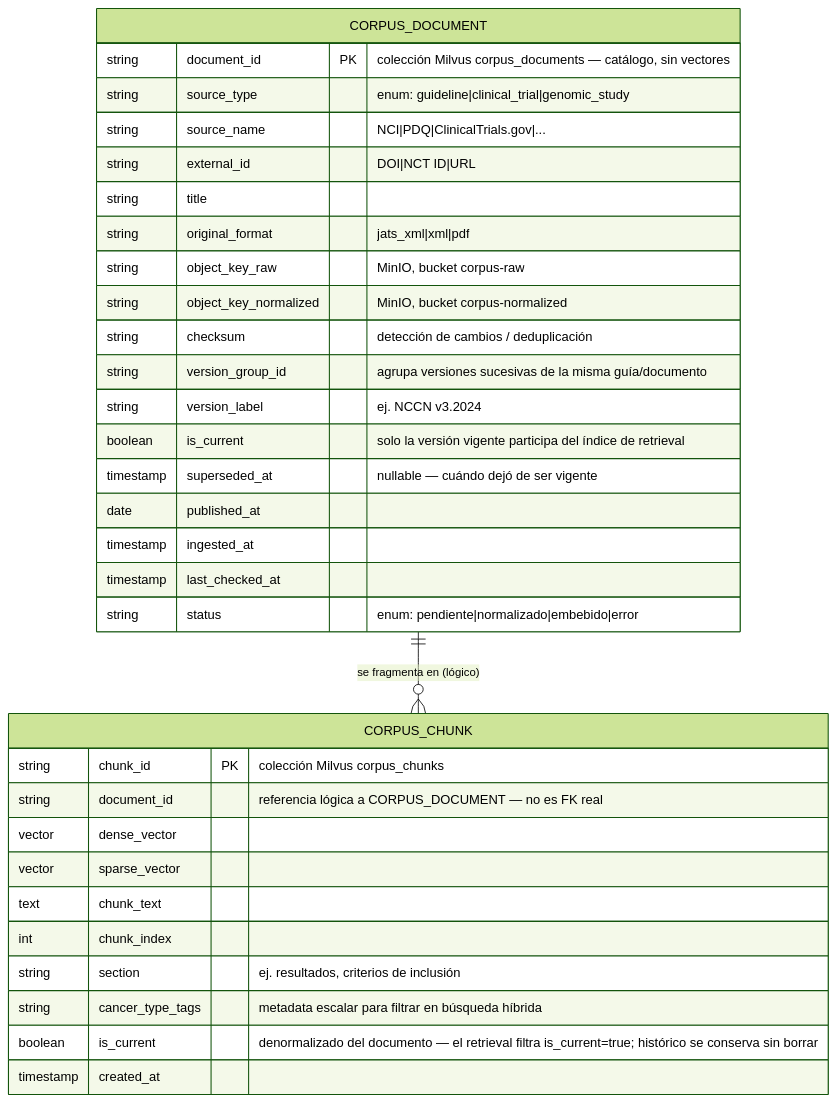
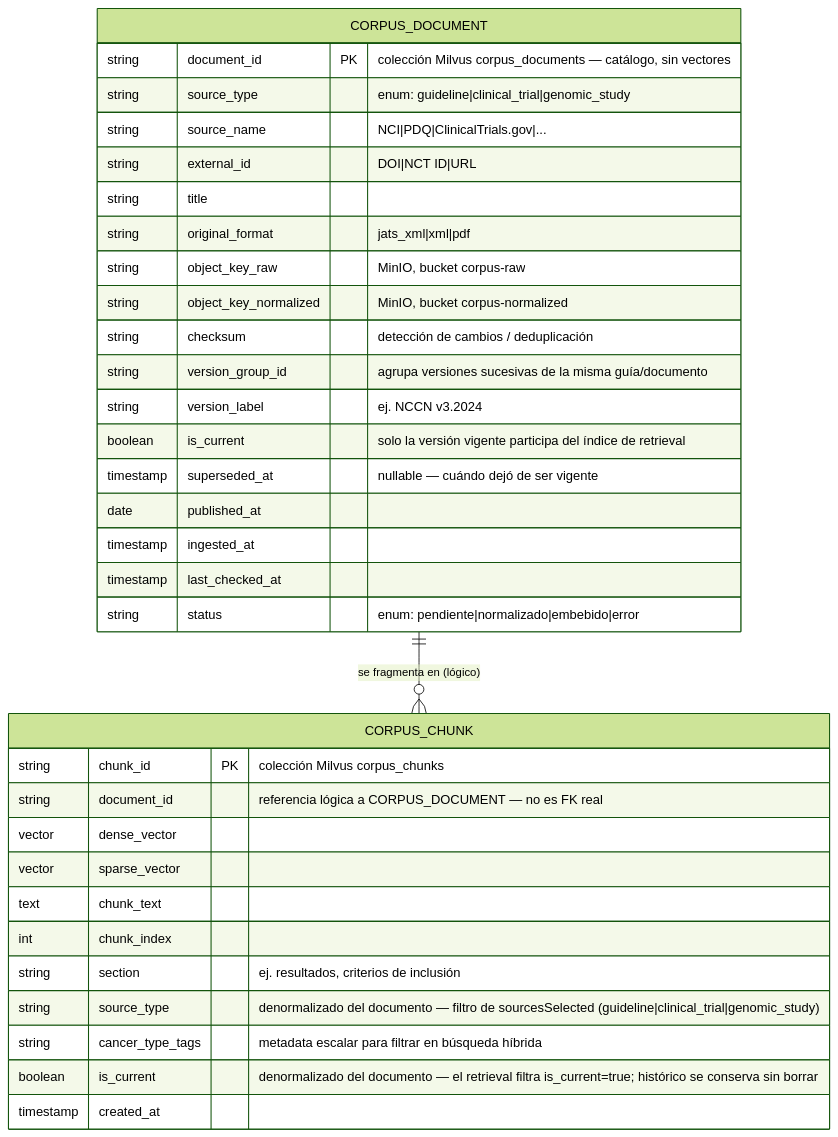
One commit to hatrickmario/OncoLens-Lab changed the seventh of 7 diagrams in readme.md. Above: the diagram before and after it, drawn with Mermaid (forest theme). The commit also changed other lines of this file and 2 other files, not shown here.

````diff
--- a/readme.md
+++ b/readme.md
@@ -603,37 +612,38 @@
 ```mermaid
 erDiagram
     CORPUS_DOCUMENT {
         string document_id PK "colección Milvus corpus_documents — catálogo, sin vectores"
         string source_type "enum: guideline|clinical_trial|genomic_study"
         string source_name "NCI|PDQ|ClinicalTrials.gov|..."
         string external_id "DOI|NCT ID|URL"
         string title
         string original_format "jats_xml|xml|pdf"
         string object_key_raw "MinIO, bucket corpus-raw"
         string object_key_normalized "MinIO, bucket corpus-normalized"
         string checksum "detección de cambios / deduplicación"
         string version_group_id "agrupa versiones sucesivas de la misma guía/documento"
         string version_label "ej. NCCN v3.2024"
         boolean is_current "solo la versión vigente participa del índice de retrieval"
         timestamp superseded_at "nullable — cuándo dejó de ser vigente"
         date published_at
         timestamp ingested_at
         timestamp last_checked_at
         string status "enum: pendiente|normalizado|embebido|error"
     }
 
     CORPUS_CHUNK {
         string chunk_id PK "colección Milvus corpus_chunks"
         string document_id "referencia lógica a CORPUS_DOCUMENT — no es FK real"
         vector dense_vector
         vector sparse_vector
         text chunk_text
         int chunk_index
         string section "ej. resultados, criterios de inclusión"
+        string source_type "denormalizado del documento — filtro de sourcesSelected (guideline|clinical_trial|genomic_study)"
         string cancer_type_tags "metadata escalar para filtrar en búsqueda híbrida"
         boolean is_current "denormalizado del documento — el retrieval filtra is_current=true; histórico se conserva sin borrar"
         timestamp created_at
     }
 
     CORPUS_DOCUMENT ||--o{ CORPUS_CHUNK : "se fragmenta en (lógico)"
 ```
````
